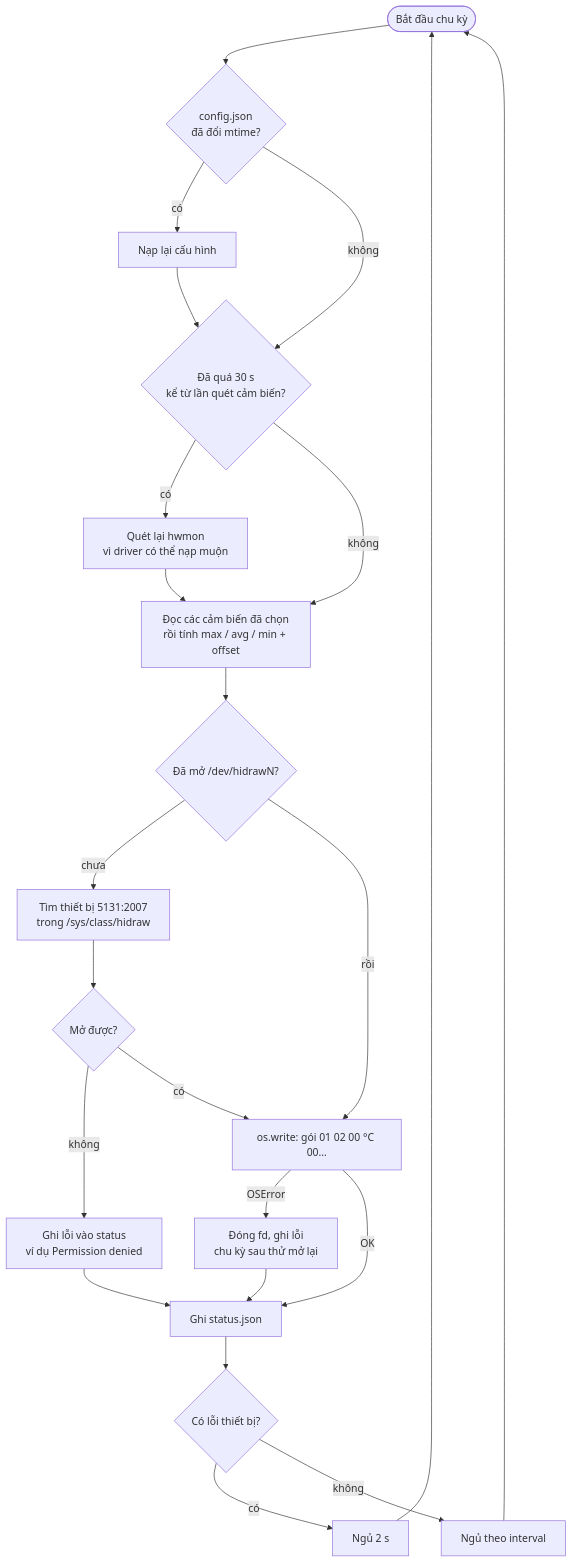
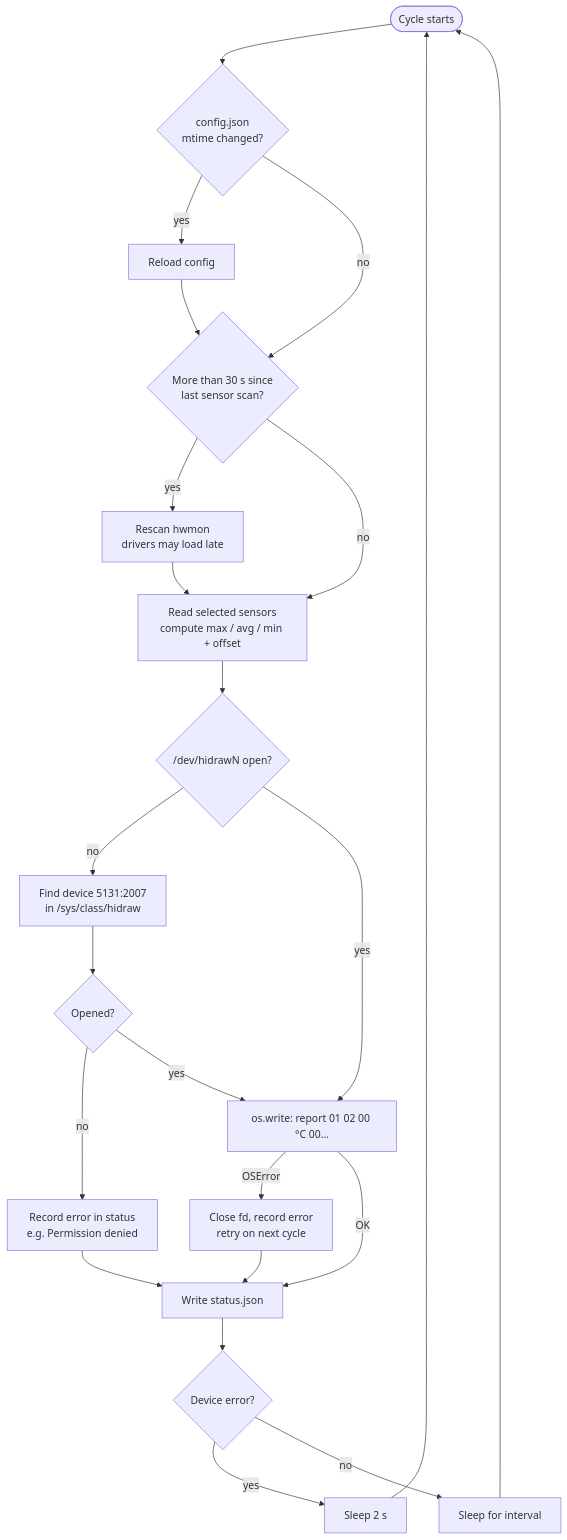
The second of 5 diagrams in docs/ARCHITECTURE.md (huysien/jonsbo-th-display-linux), drawn with Mermaid before and after one commit. The commit also changed other lines of this file and 5 other files, not shown here.

````diff
--- a/docs/ARCHITECTURE.md
+++ b/docs/ARCHITECTURE.md
@@ -89,20 +88,20 @@
 ```mermaid
 flowchart TD
-    A([Bắt đầu chu kỳ]) --> B{"config.json<br/>đã đổi mtime?"}
-    B -- có --> B1[Nạp lại cấu hình] --> C
-    B -- không --> C{"Đã quá 30 s<br/>kể từ lần quét cảm biến?"}
-    C -- có --> C1["Quét lại hwmon<br/>vì driver có thể nạp muộn"] --> D
-    C -- không --> D["Đọc các cảm biến đã chọn<br/>rồi tính max / avg / min + offset"]
-    D --> E{"Đã mở /dev/hidrawN?"}
-    E -- chưa --> E1["Tìm thiết bị 5131:2007<br/>trong /sys/class/hidraw"] --> E2{Mở được?}
-    E2 -- không --> ERR["Ghi lỗi vào status<br/>ví dụ Permission denied"]
-    E2 -- có --> F
-    E -- rồi --> F["os.write: gói 01 02 00 °C 00…"]
-    F -- OSError --> ERR2["Đóng fd, ghi lỗi<br/>chu kỳ sau thử mở lại"]
-    F -- OK --> G[Ghi status.json]
+    A([Cycle starts]) --> B{"config.json<br/>mtime changed?"}
+    B -- yes --> B1[Reload config] --> C
+    B -- no --> C{"More than 30 s since<br/>last sensor scan?"}
+    C -- yes --> C1["Rescan hwmon<br/>drivers may load late"] --> D
+    C -- no --> D["Read selected sensors<br/>compute max / avg / min + offset"]
+    D --> E{"/dev/hidrawN open?"}
+    E -- no --> E1["Find device 5131:2007<br/>in /sys/class/hidraw"] --> E2{Opened?}
+    E2 -- no --> ERR["Record error in status<br/>e.g. Permission denied"]
+    E2 -- yes --> F
+    E -- yes --> F["os.write: report 01 02 00 °C 00…"]
+    F -- OSError --> ERR2["Close fd, record error<br/>retry on next cycle"]
+    F -- OK --> G[Write status.json]
     ERR --> G
     ERR2 --> G
-    G --> H{"Có lỗi thiết bị?"}
-    H -- có --> S2[Ngủ 2 s] --> A
-    H -- không --> S1["Ngủ theo interval"] --> A
+    G --> H{"Device error?"}
+    H -- yes --> S2[Sleep 2 s] --> A
+    H -- no --> S1["Sleep for interval"] --> A
 ```
````
